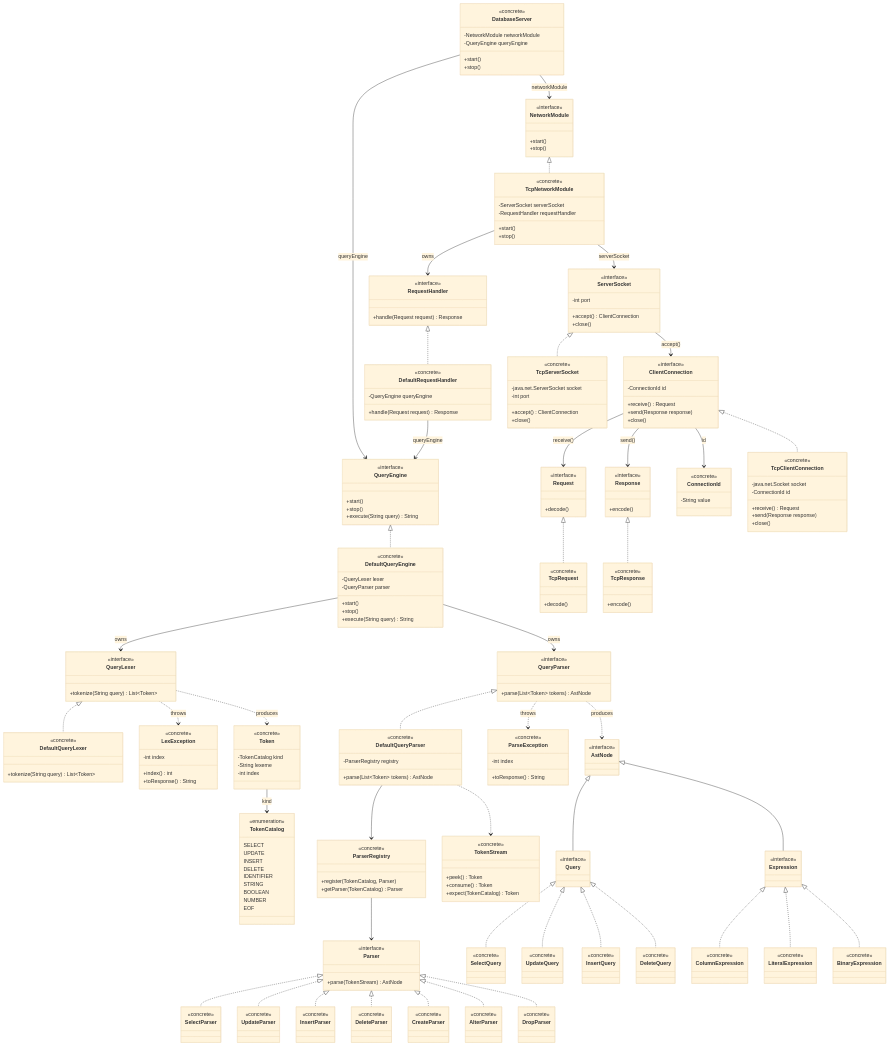
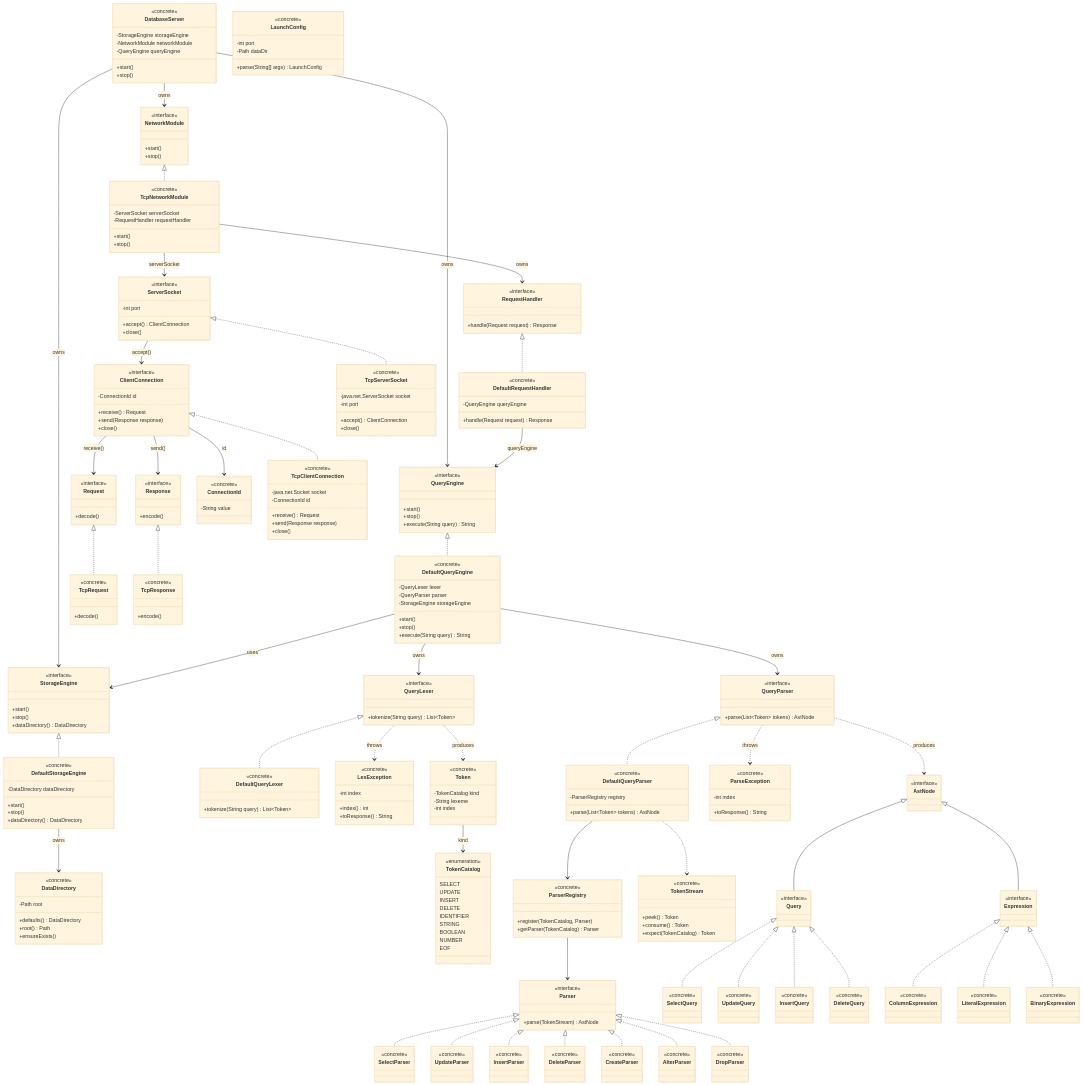
The diagram in docs/lld/java-database-lld.md (ItsPalash13/java-db), drawn with Mermaid (base theme) before and after one commit. The commit also changed 16 other files, not shown here.

First line of the commit message:
feat: Choose store root at launch and wire StorageEngine as a shared dependency.

```diff
--- a/docs/lld/java-database-lld.md
+++ b/docs/lld/java-database-lld.md
@@ -4,6 +4,7 @@
 
     class DatabaseServer {
         <<concrete>>
+        -StorageEngine storageEngine
         -NetworkModule networkModule
         -QueryEngine queryEngine
         +start()
@@ -38,9 +39,40 @@
         <<concrete>>
         -QueryLexer lexer
         -QueryParser parser
+        -StorageEngine storageEngine
         +start()
         +stop()
         +execute(String query) String
+    }
+
+    class StorageEngine {
+        <<interface>>
+        +start()
+        +stop()
+        +dataDirectory() DataDirectory
+    }
+
+    class DefaultStorageEngine {
+        <<concrete>>
+        -DataDirectory dataDirectory
+        +start()
+        +stop()
+        +dataDirectory() DataDirectory
+    }
+
+    class DataDirectory {
+        <<concrete>>
+        -Path root
+        +defaults() DataDirectory
+        +root() Path
+        +ensureExists()
+    }
+
+    class LaunchConfig {
+        <<concrete>>
+        -int port
+        -Path dataDir
+        +parse(String[] args) LaunchConfig
     }
 
     class QueryLexer {
@@ -248,12 +280,14 @@
         +encode()
     }
 
-    DatabaseServer --> NetworkModule : networkModule
-    DatabaseServer --> QueryEngine : queryEngine
+    DatabaseServer --> StorageEngine : owns
+    DatabaseServer --> NetworkModule : owns
+    DatabaseServer --> QueryEngine : owns
 
     NetworkModule <|.. TcpNetworkModule
     RequestHandler <|.. DefaultRequestHandler
     QueryEngine <|.. DefaultQueryEngine
+    StorageEngine <|.. DefaultStorageEngine
     QueryLexer <|.. DefaultQueryLexer
     QueryParser <|.. DefaultQueryParser
     Parser <|.. SelectParser
@@ -268,6 +302,8 @@
     DefaultRequestHandler --> QueryEngine : queryEngine
     DefaultQueryEngine --> QueryLexer : owns
     DefaultQueryEngine --> QueryParser : owns
+    DefaultQueryEngine --> StorageEngine : uses
+    DefaultStorageEngine --> DataDirectory : owns
     QueryLexer ..> Token : produces
     QueryLexer ..> LexException : throws
     DefaultQueryParser --> ParserRegistry
```
